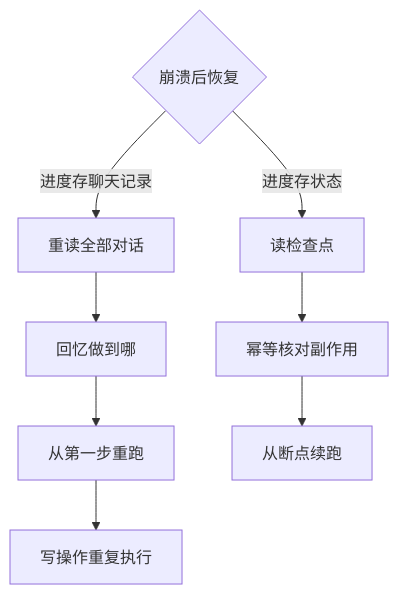
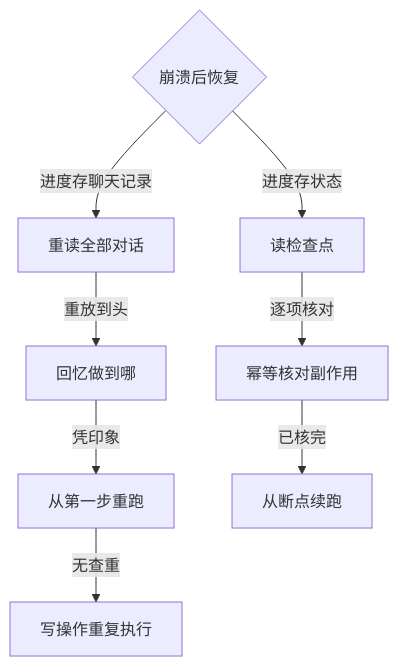
Before and after one commit to hub138/technical-knowledge: the diagram in vault/工程知识/AI 系统工程：从模型能力到生产能力/Agent与工作流/Agent状态机与任务恢复：进度是状态不是聊天记录.md, drawn with Mermaid. The commit also changed other lines of this file and 622 other files, not shown here.

````diff
--- a/vault/工程知识/AI 系统工程：从模型能力到生产能力/Agent与工作流/Agent状态机与任务恢复：进度是状态不是聊天记录.md
+++ b/vault/工程知识/AI 系统工程：从模型能力到生产能力/Agent与工作流/Agent状态机与任务恢复：进度是状态不是聊天记录.md
@@ -83,10 +108,10 @@
 ```mermaid
 graph TD
     C{崩溃后恢复} -->|进度存聊天记录| R1[重读全部对话]
-    R1 --> R2[回忆做到哪]
-    R2 --> R3[从第一步重跑]
-    R3 --> R4[写操作重复执行]
+    R1 -->|重放到头| R2[回忆做到哪]
+    R2 -->|凭印象| R3[从第一步重跑]
+    R3 -->|无查重| R4[写操作重复执行]
     C -->|进度存状态| S1[读检查点]
-    S1 --> S2[幂等核对副作用]
-    S2 --> S3[从断点续跑]
+    S1 -->|逐项核对| S2[幂等核对副作用]
+    S2 -->|已核完| S3[从断点续跑]
 ```
````
